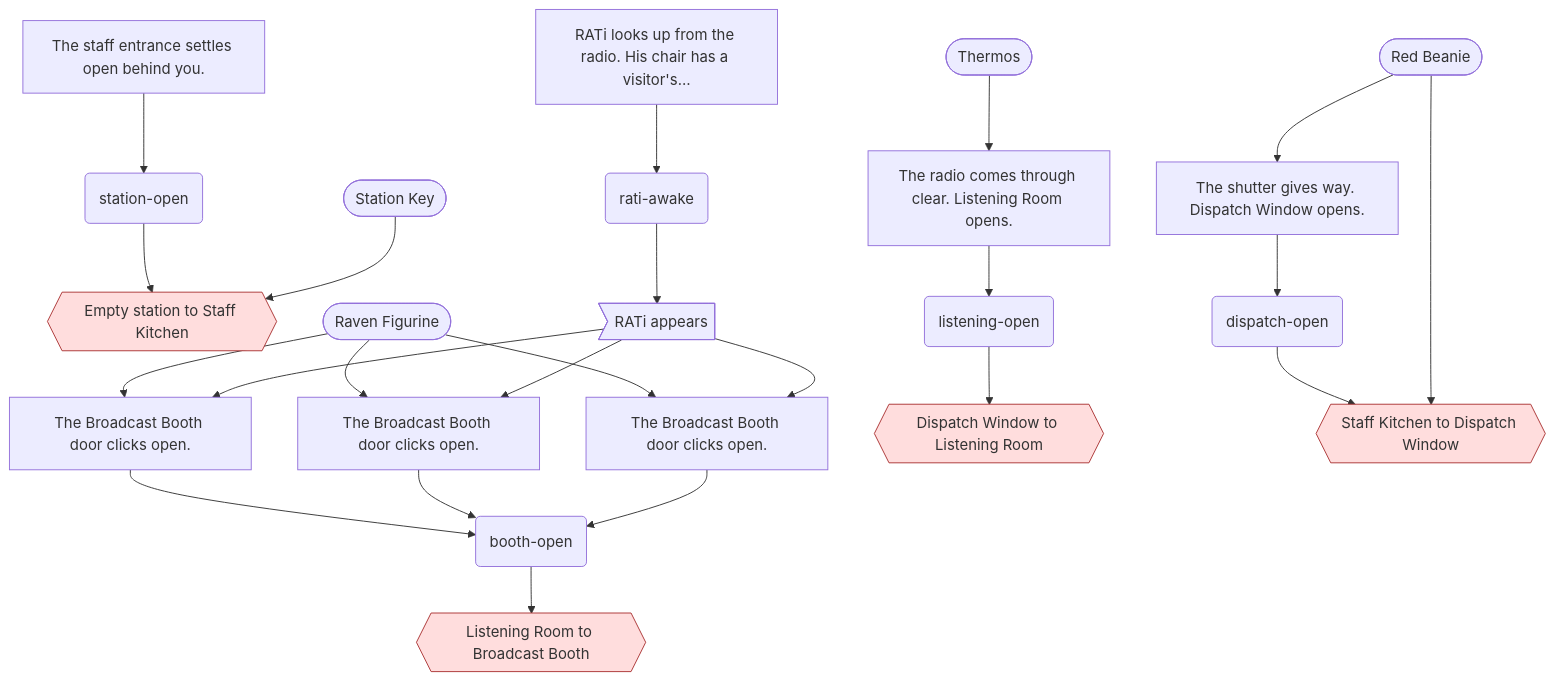
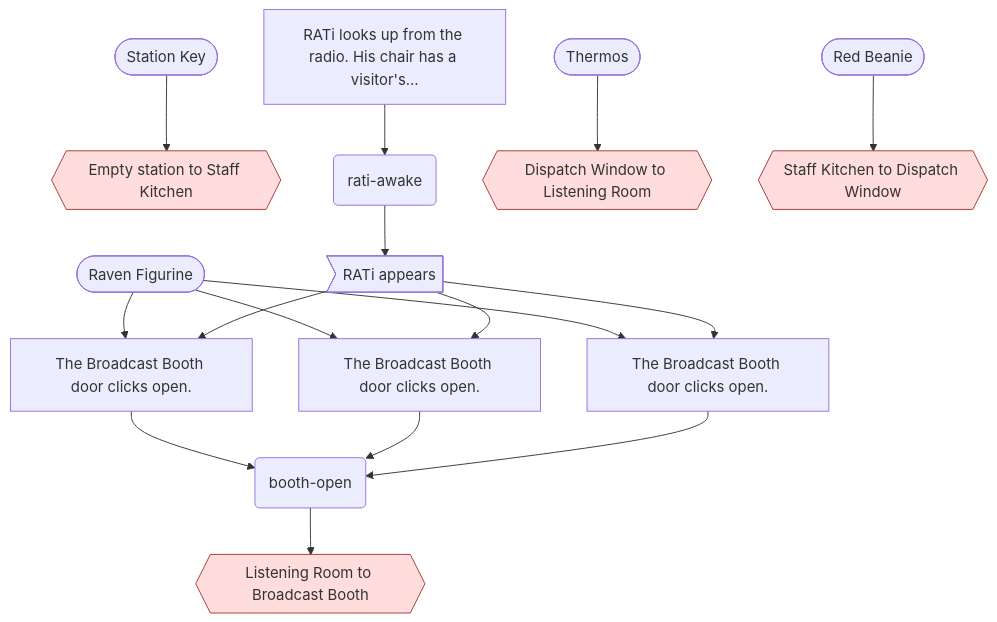
The second of 2 diagrams in docs/maps/ratiradio.md (cenetex/cosyworld), drawn with Mermaid before and after one commit. The commit also changed other lines of this file and 24 other files, not shown here.

````diff
--- a/docs/maps/ratiradio.md
+++ b/docs/maps/ratiradio.md
@@ -36,48 +36,35 @@
 ```mermaid
 flowchart TD
-  n_act_ratiradio_enter_station["The staff entrance settles open behind you."]
   n_act_ratiradio_open_broadcast_booth["The Broadcast Booth door clicks open."]
   n_act_ratiradio_open_broadcast_booth_dispatch["The Broadcast Booth door clicks open."]
   n_act_ratiradio_open_broadcast_booth_kitchen["The Broadcast Booth door clicks open."]
-  n_act_ratiradio_open_dispatch_window["The shutter gives way. Dispatch Window opens."]
-  n_act_ratiradio_open_listening_room["The radio comes through clear. Listening Room opens."]
   n_act_ratiradio_wake_rati["RATi looks up from the radio. His chair has a visitor's…"]
   n_crossing_station_ratiradio{{"Empty station to Staff Kitchen"}}
   n_flag_booth_open("booth-open")
-  n_flag_dispatch_open("dispatch-open")
-  n_flag_listening_open("listening-open")
   n_flag_rati_awake("rati-awake")
-  n_flag_station_open("station-open")
   n_item_ratiradio_raven_figurine(["Raven Figurine"])
   n_item_ratiradio_red_beanie(["Red Beanie"])
   n_item_ratiradio_station_key(["Station Key"])
   n_item_ratiradio_thermos(["Thermos"])
   n_resident_ratiradio_rati>"RATi appears"]
   n_route_ratiradio_dispatch_window_ratiradio_listening_room{{"Dispatch Window to Listening Room"}}
   n_route_ratiradio_listening_room_ratiradio_broadcast_booth{{"Listening Room to Broadcast Booth"}}
   n_route_ratiradio_staff_kitchen_ratiradio_dispatch_window{{"Staff Kitchen to Dispatch Window"}}
-  n_act_ratiradio_enter_station --> n_flag_station_open
   n_act_ratiradio_open_broadcast_booth_dispatch --> n_flag_booth_open
   n_act_ratiradio_open_broadcast_booth_kitchen --> n_flag_booth_open
   n_act_ratiradio_open_broadcast_booth --> n_flag_booth_open
-  n_act_ratiradio_open_dispatch_window --> n_flag_dispatch_open
-  n_act_ratiradio_open_listening_room --> n_flag_listening_open
   n_act_ratiradio_wake_rati --> n_flag_rati_awake
   n_flag_booth_open --> n_route_ratiradio_listening_room_ratiradio_broadcast_booth
-  n_flag_dispatch_open --> n_route_ratiradio_staff_kitchen_ratiradio_dispatch_window
-  n_flag_listening_open --> n_route_ratiradio_dispatch_window_ratiradio_listening_room
   n_flag_rati_awake --> n_resident_ratiradio_rati
-  n_flag_station_open --> n_crossing_station_ratiradio
   n_item_ratiradio_raven_figurine --> n_act_ratiradio_open_broadcast_booth
   n_item_ratiradio_raven_figurine --> n_act_ratiradio_open_broadcast_booth_dispatch
   n_item_ratiradio_raven_figurine --> n_act_ratiradio_open_broadcast_booth_kitchen
-  n_item_ratiradio_red_beanie --> n_act_ratiradio_open_dispatch_window
   n_item_ratiradio_red_beanie --> n_route_ratiradio_staff_kitchen_ratiradio_dispatch_window
   n_item_ratiradio_station_key --> n_crossing_station_ratiradio
-  n_item_ratiradio_thermos --> n_act_ratiradio_open_listening_room
+  n_item_ratiradio_thermos --> n_route_ratiradio_dispatch_window_ratiradio_listening_room
   n_resident_ratiradio_rati --> n_act_ratiradio_open_broadcast_booth
   n_resident_ratiradio_rati --> n_act_ratiradio_open_broadcast_booth_dispatch
   n_resident_ratiradio_rati --> n_act_ratiradio_open_broadcast_booth_kitchen
   classDef gate fill:#fdd,stroke:#a33
   class n_crossing_station_ratiradio,n_route_ratiradio_dispatch_window_ratiradio_listening_room,n_route_ratiradio_listening_room_ratiradio_broadcast_booth,n_route_ratiradio_staff_kitchen_ratiradio_dispatch_window gate
 ```
````
